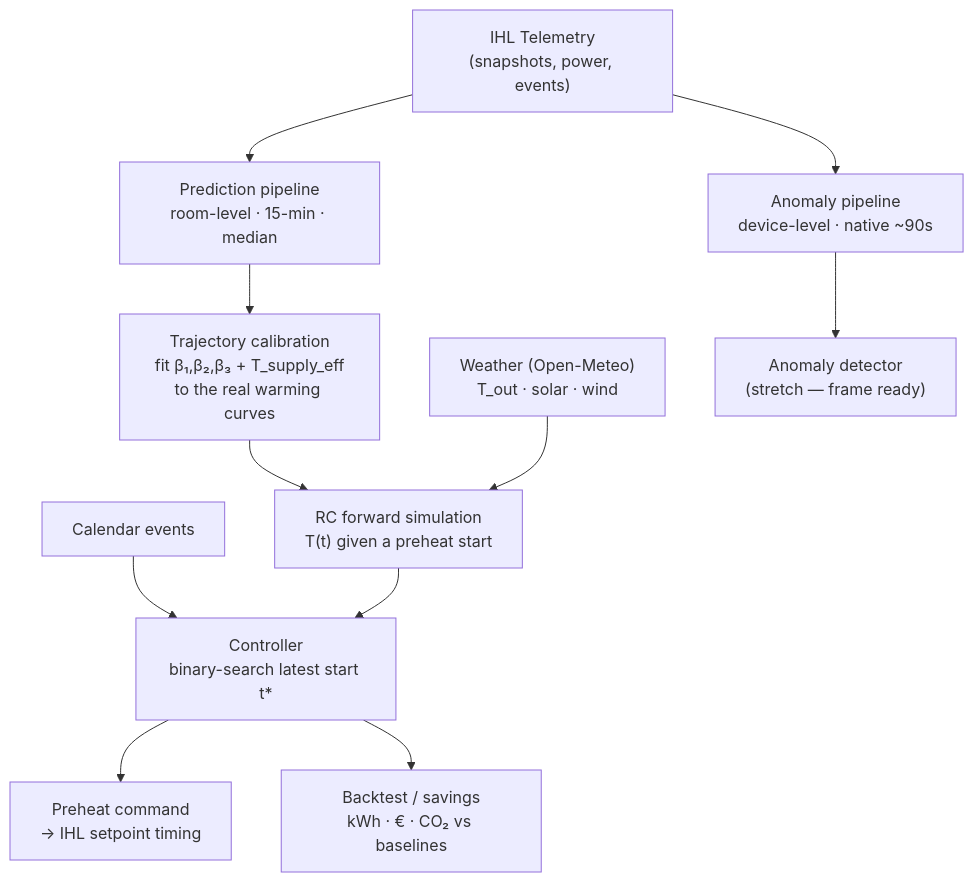
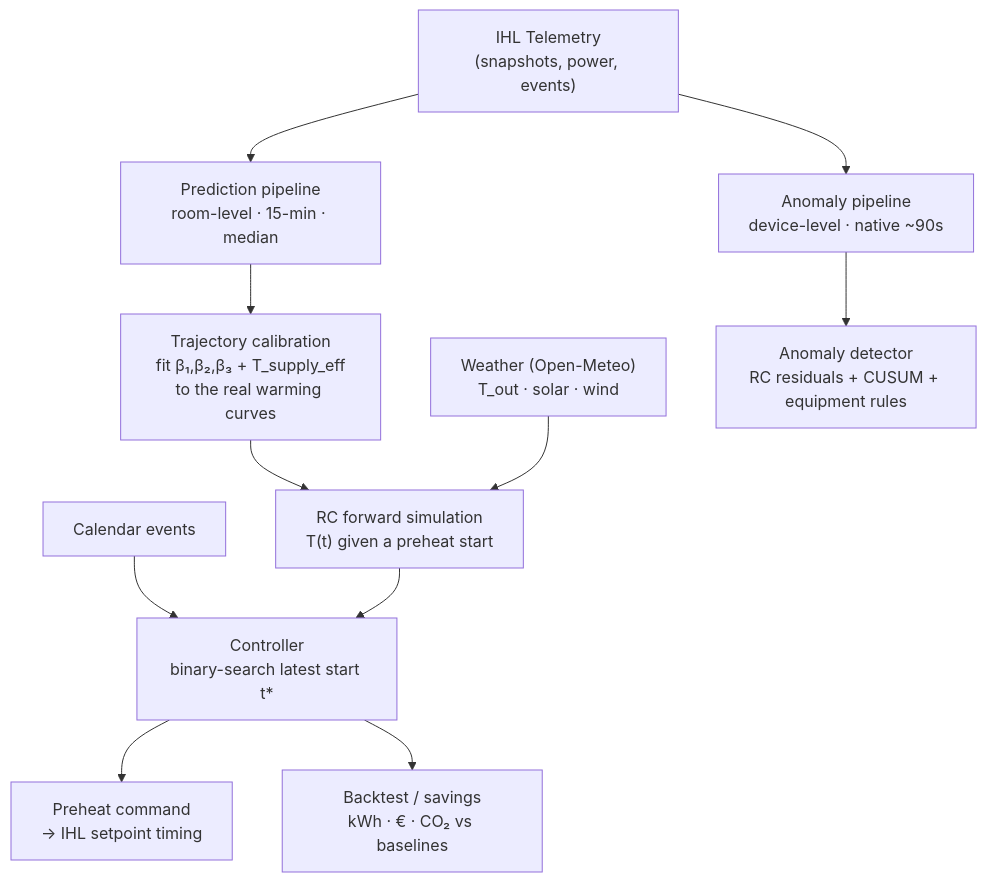
One commit to Syed-Bilal-Haider-Engineer/Fenners-LBEnergy changed the diagram in README.md. Above: the diagram before and after it, drawn with Mermaid. The commit also changed other lines of this file and 18 other files, not shown here.

````diff
--- a/README.md
+++ b/README.md
@@ -71,13 +71,13 @@
 ```mermaid
 flowchart TD
     A["IHL Telemetry<br/>(snapshots, power, events)"] --> P1["Prediction pipeline<br/>room-level · 15-min · median"]
     A --> P2["Anomaly pipeline<br/>device-level · native ~90s"]
     P1 --> C["Trajectory calibration<br/>fit β₁,β₂,β₃ + T_supply_eff<br/>to the real warming curves"]
     C --> D["RC forward simulation<br/>T(t) given a preheat start"]
     E["Weather (Open-Meteo)<br/>T_out · solar · wind"] --> D
     F["Calendar events"] --> G["Controller<br/>binary-search latest start t*"]
     D --> G
     G --> I["Preheat command<br/>→ IHL setpoint timing"]
     G --> H["Backtest / savings<br/>kWh · € · CO₂ vs baselines"]
-    P2 --> J["Anomaly detector<br/>(stretch — frame ready)"]
+    P2 --> J["Anomaly detector<br/>RC residuals + CUSUM + equipment rules"]
 ```
````
